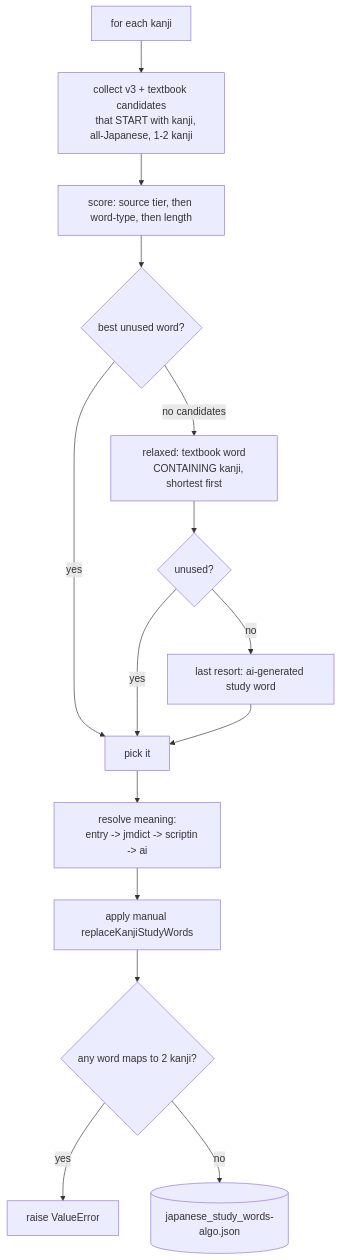
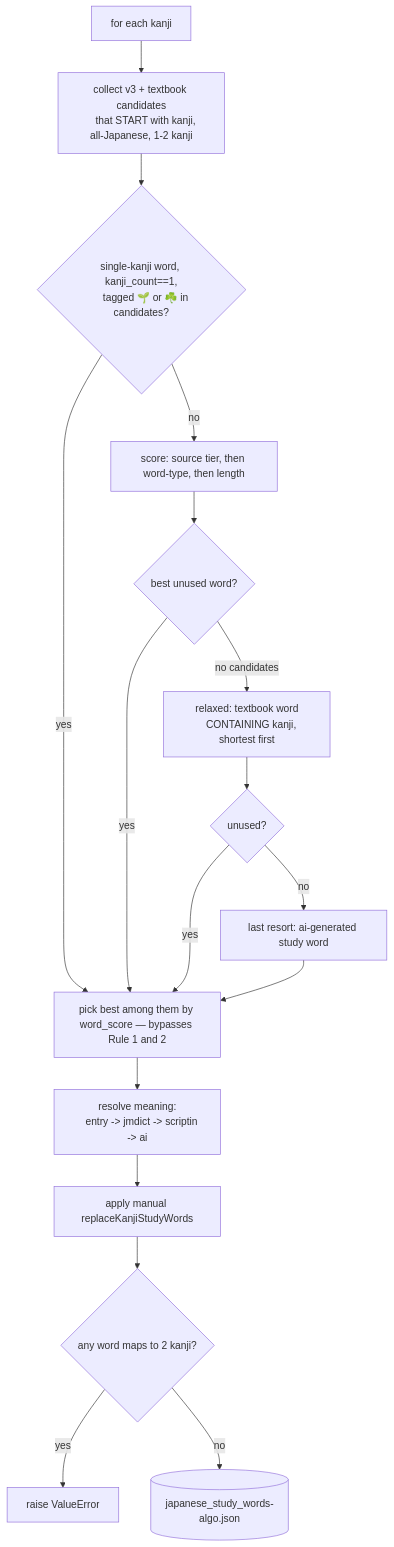
The fourth of 8 diagrams in notes/flowchart.md (PikaPikaGems/kanji-heatmap-data), drawn with Mermaid before and after one commit. The commit also changed 3 other files, not shown here.

Commit message:
Single kanji word with 🌱 or ☘️ tag always wins

````diff
--- a/notes/flowchart.md
+++ b/notes/flowchart.md
@@ -199,20 +199,23 @@
 ```mermaid
 flowchart TD
     K[for each kanji] --> C[collect v3 + textbook candidates
     that START with kanji, all-Japanese, 1-2 kanji]
-    C --> SC[score: source tier, then word-type, then length]
+    C --> SR{single-kanji word, kanji_count==1,
+    tagged 🌱 or ☘️ in candidates?}
+    SR -- yes --> PICK[pick best among them by word_score — bypasses Rule 1 and 2]
+    SR -- no --> SC[score: source tier, then word-type, then length]
     SC --> U{best unused word?}
-    U -- yes --> PICK[pick it]
+    U -- yes --> PICK
     U -- no candidates --> FB[relaxed: textbook word
     CONTAINING kanji, shortest first]
     FB --> U2{unused?}
     U2 -- yes --> PICK
     U2 -- no --> AI[last resort: ai-generated study word]
     AI --> PICK
     PICK --> MEAN[resolve meaning:
     entry -> jmdict -> scriptin -> ai]
     MEAN --> MAN[apply manual replaceKanjiStudyWords]
     MAN --> DUP{any word maps to 2 kanji?}
     DUP -- yes --> ERR[raise ValueError]
     DUP -- no --> OUT[(japanese_study_words-algo.json)]
 ```
````
